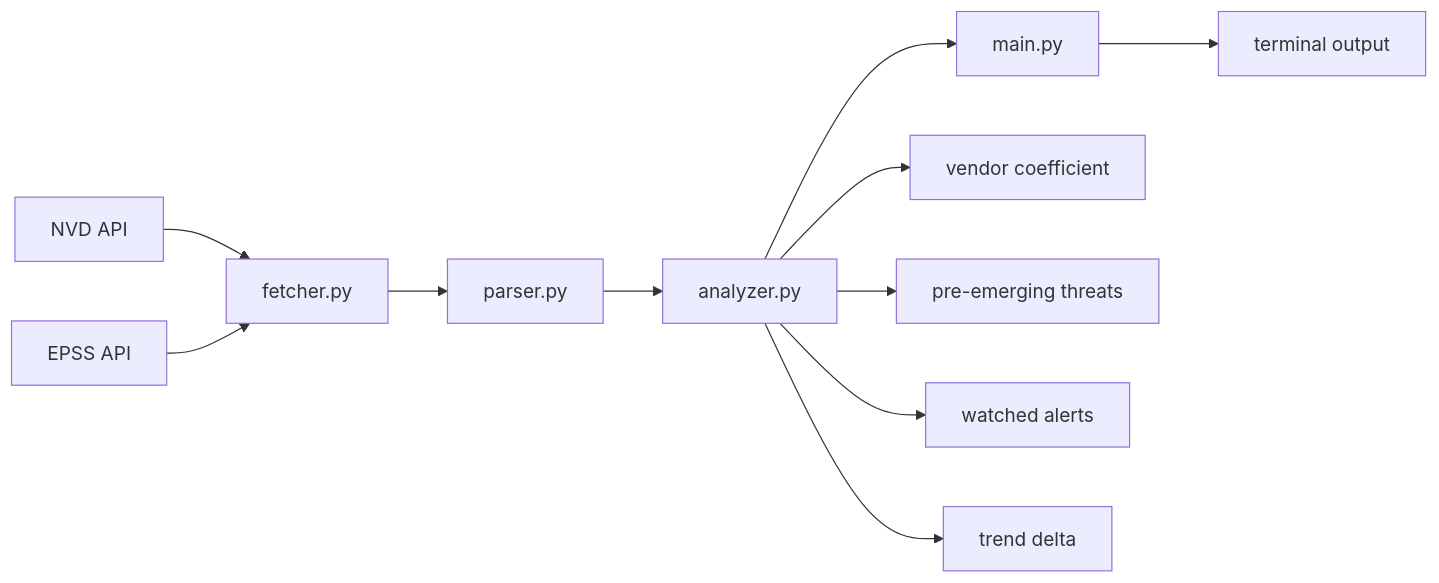
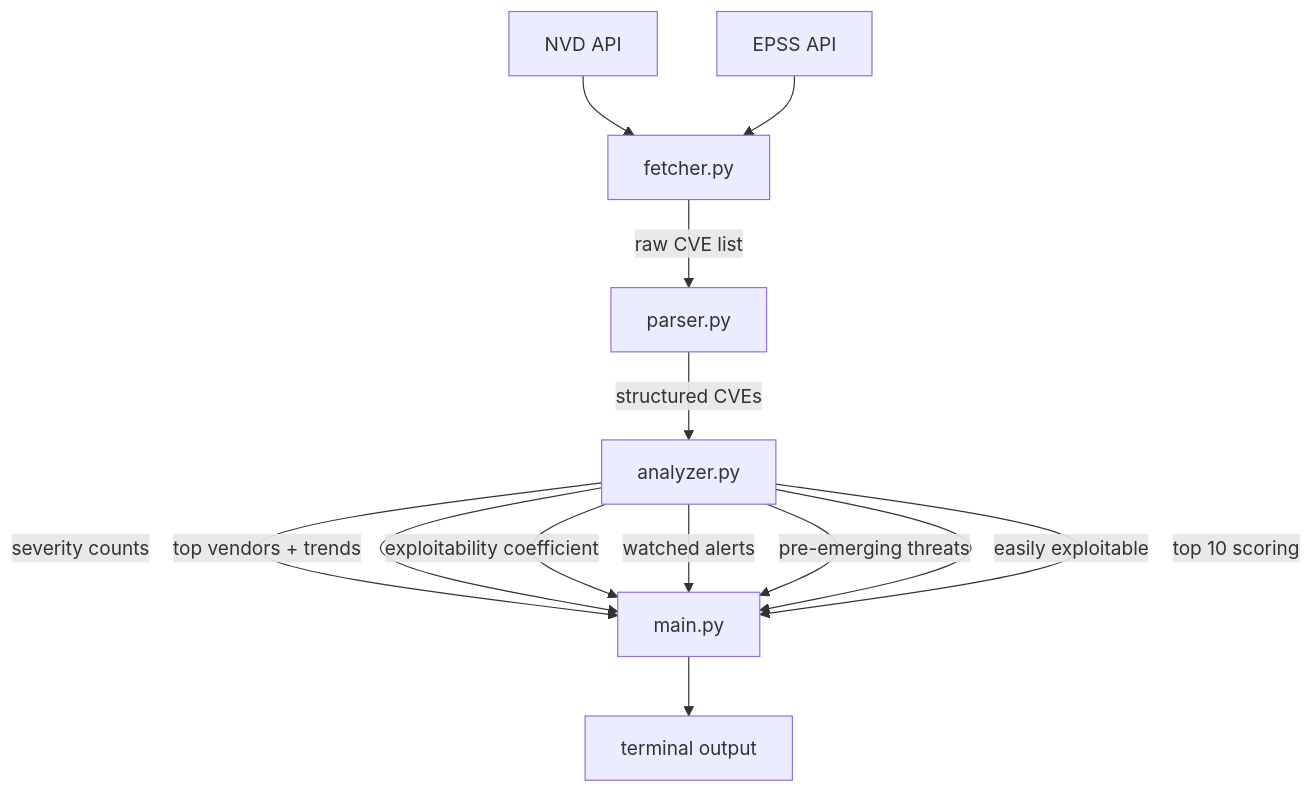
The diagram in README.md (neoalexy/ThreatWatch), drawn with Mermaid before and after one commit. The commit also changed other lines of this file, not shown here.

````diff
--- a/README.md
+++ b/README.md
@@ -23,15 +35,17 @@
 ```mermaid
-flowchart LR
+flowchart TD
     NVD[NVD API] --> F[fetcher.py]
     EPSS[EPSS API] --> F
-    F --> P[parser.py]
-    P --> A[analyzer.py]
-    A --> M[main.py]
+    F -->|raw CVE list| P[parser.py]
+    P -->|structured CVEs| A[analyzer.py]
 
-    A --> C[vendor coefficient]
-    A --> E[pre-emerging threats]
-    A --> W[watched alerts]
-    A --> T[trend delta]
+    A -->|severity counts| M[main.py]
+    A -->|top vendors + trends| M
+    A -->|exploitability coefficient| M
+    A -->|watched alerts| M
+    A -->|pre-emerging threats| M
+    A -->|easily exploitable| M
+    A -->|top 10 scoring| M
 
-    M --> Out[terminal output]
+    M --> T[terminal output]
 ```
````
